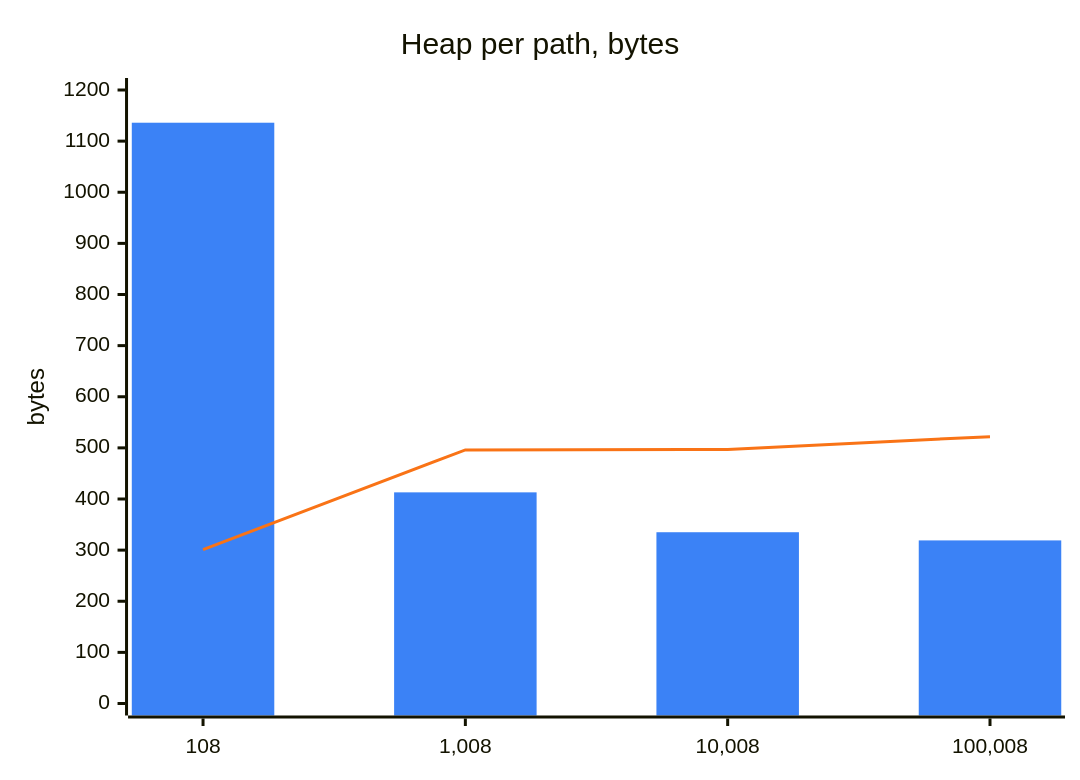
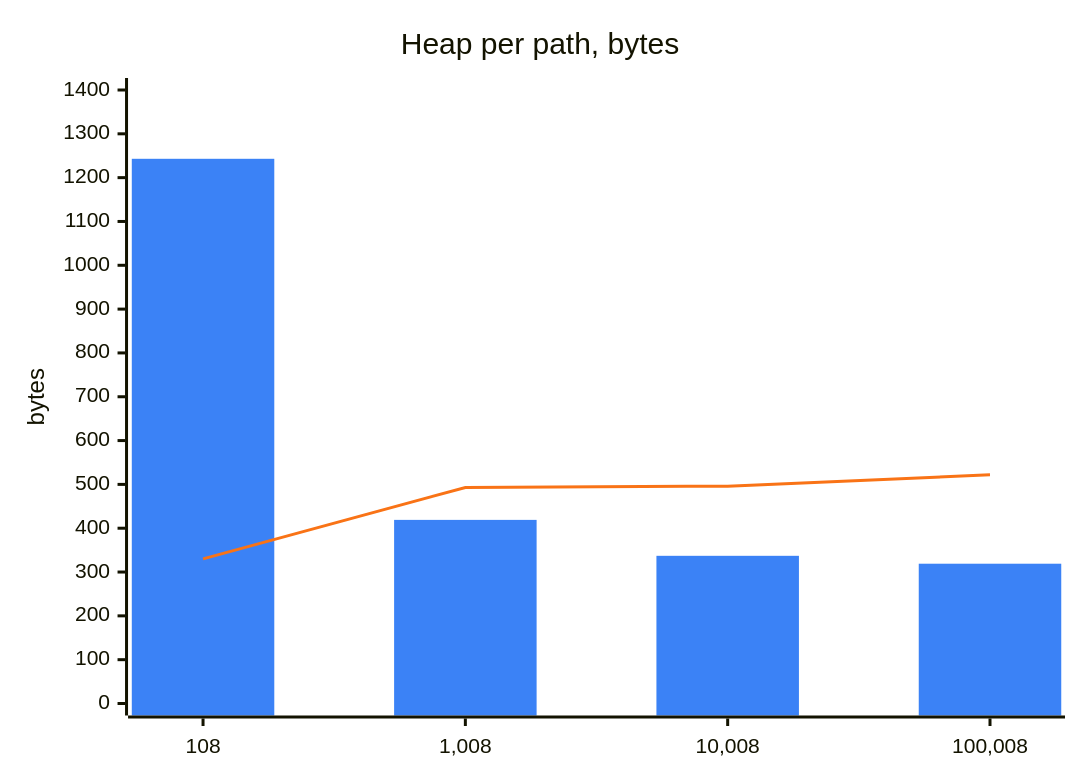
Before and after one commit to DyHex/POMWright: the fourth of 4 diagrams in website/src/content/docs/internal/performance.md, drawn with Mermaid. The commit also changed other lines of this file and 2 other files, not shown here.

````diff
--- a/website/src/content/docs/internal/performance.md
+++ b/website/src/content/docs/internal/performance.md
@@ -118,9 +122,9 @@
 ```mermaid
 %%{init: {"themeVariables": {"xyChart": {"plotColorPalette": "#3b82f6, #f97316"}}}}%%
 xychart-beta
   title "Heap per path, bytes"
   x-axis ["108", "1,008", "10,008", "100,008"]
-  y-axis "bytes" 0 --> 1200
-  bar [1136, 413, 335, 319]
-  line [301, 496, 497, 522]
+  y-axis "bytes" 0 --> 1400
+  bar [1243, 419, 337, 319]
+  line [330, 493, 496, 522]
 ```
````
